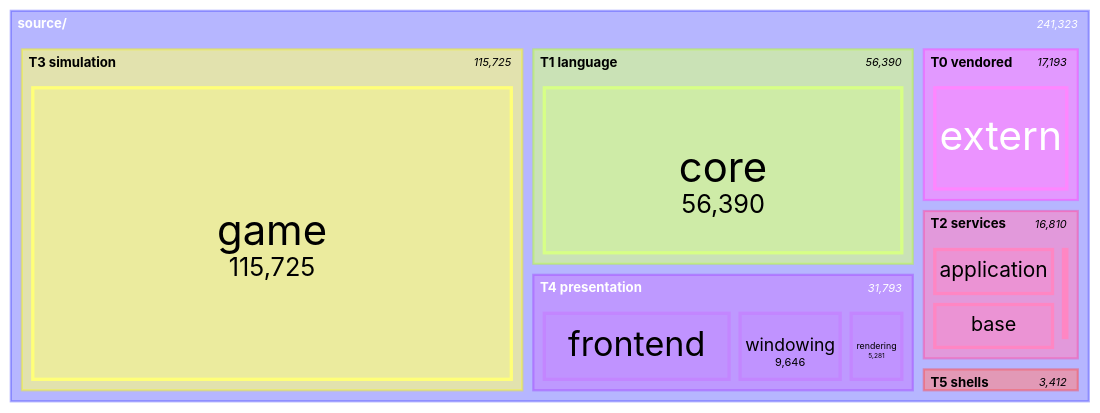
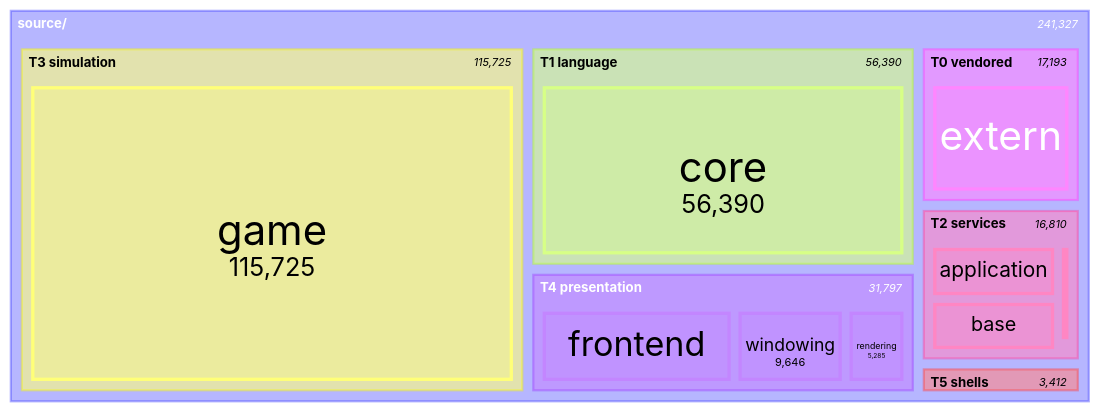
The seventh of 11 diagrams in docs/architecture/system-boundaries.md (apnex/OpenStarbound), drawn with Mermaid before and after one commit. The commit also changed other lines of this file and 1 other file, not shown here.

````diff
--- a/docs/architecture/system-boundaries.md
+++ b/docs/architecture/system-boundaries.md
@@ -599,22 +599,22 @@
 ```mermaid
 treemap-beta
 "source/"
     "T0 vendored"
         "extern": 17193
     "T1 language"
         "core": 56390
     "T2 services"
         "application": 7677
         "base": 7472
         "metrics": 1519
         "platform": 142
     "T3 simulation"
         "game": 115725
     "T4 presentation"
         "frontend": 16866
         "windowing": 9646
-        "rendering": 5281
+        "rendering": 5285
     "T5 shells"
         "client": 2629
         "server": 783
 ```
````
